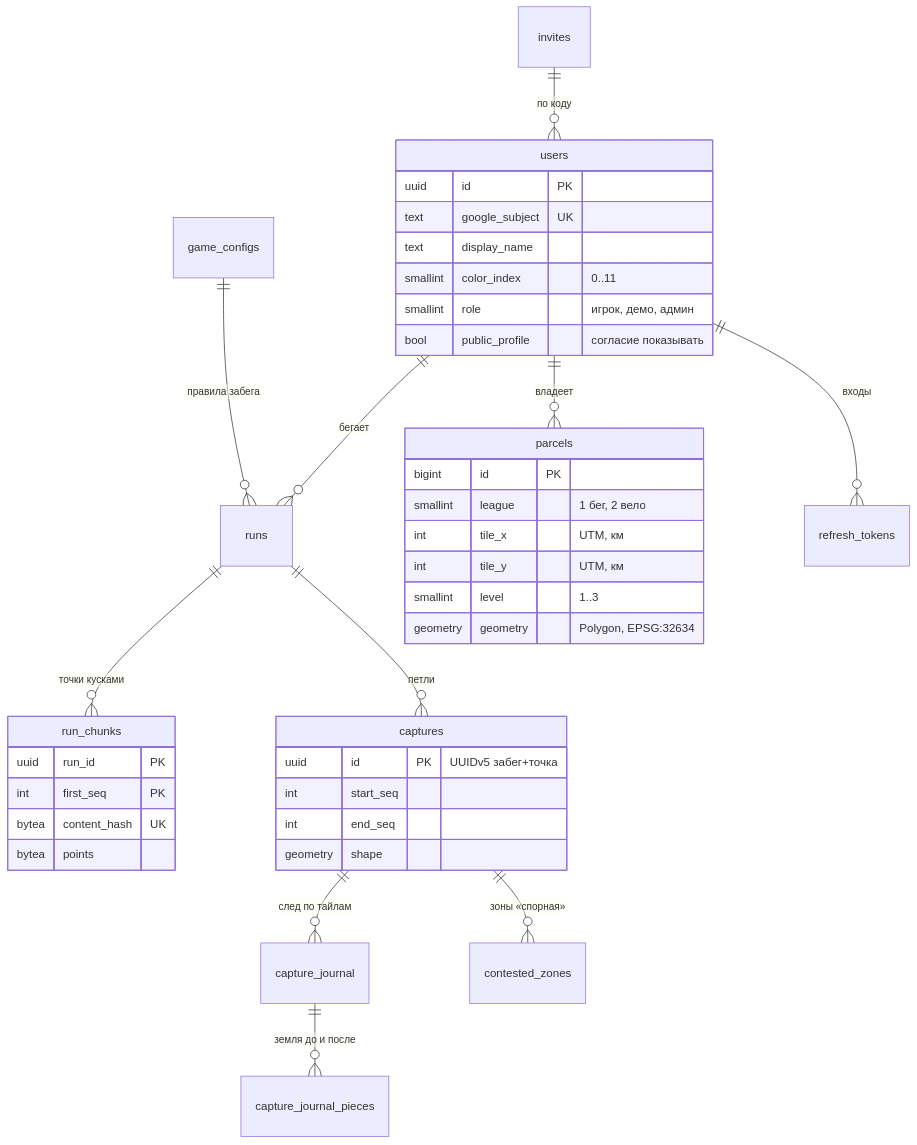
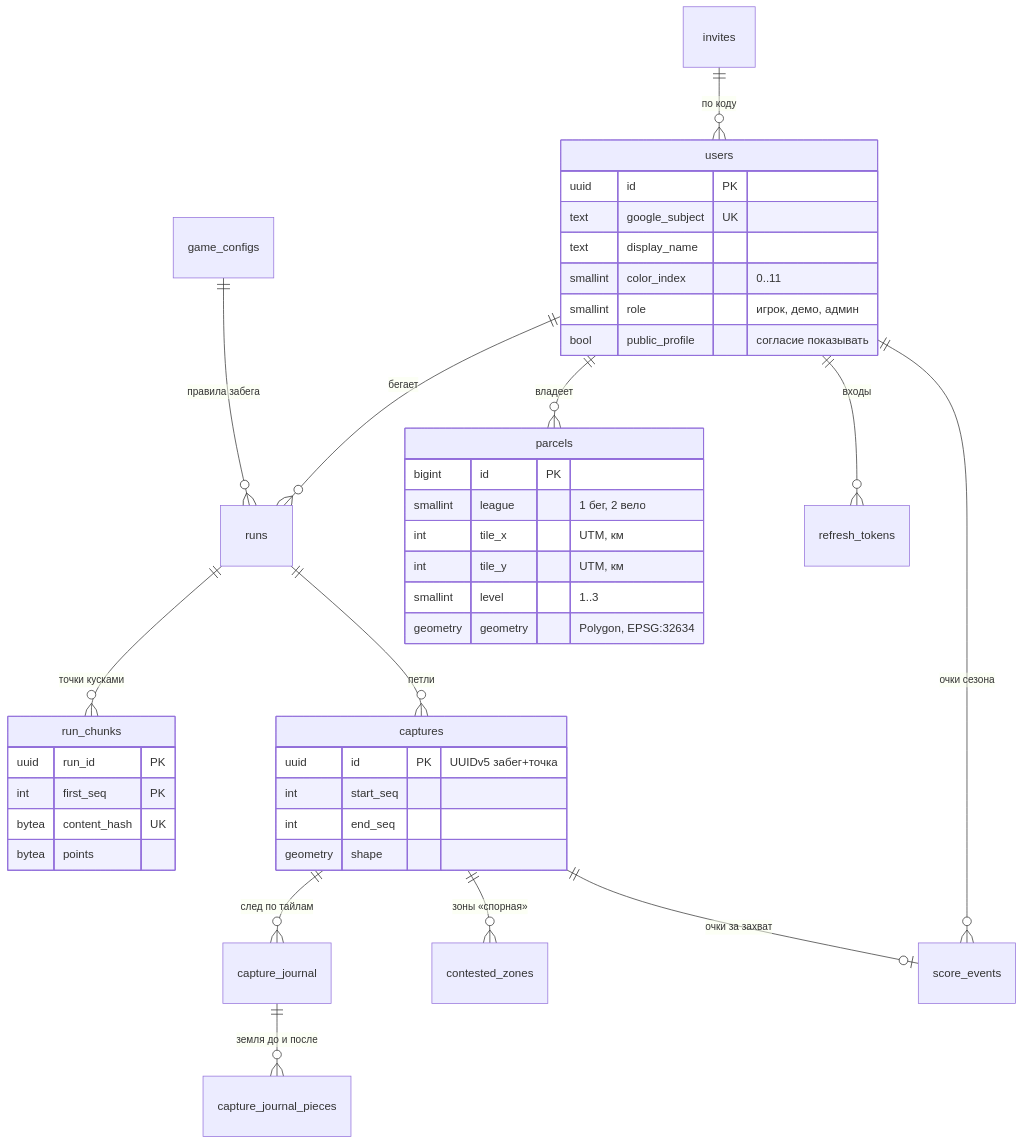
One commit to Nikich196/gorodki changed the diagram in docs/architecture/data-model.md. Above: the diagram before and after it, drawn with Mermaid. The commit also changed other lines of this file and 11 other files, not shown here.

Commit message:
docs: очки сезона и смена сезона — архитектура, руководство Егору (E7, E8, E23), записка, журнал

````diff
--- a/docs/architecture/data-model.md
+++ b/docs/architecture/data-model.md
@@ -7,41 +7,43 @@
 ```mermaid
 erDiagram
     users ||--o{ runs : "бегает"
     users ||--o{ parcels : "владеет"
     game_configs ||--o{ runs : "правила забега"
     runs ||--o{ run_chunks : "точки кусками"
     runs ||--o{ captures : "петли"
     captures ||--o{ capture_journal : "след по тайлам"
     capture_journal ||--o{ capture_journal_pieces : "земля до и после"
     captures ||--o{ contested_zones : "зоны «спорная»"
+    users ||--o{ score_events : "очки сезона"
+    captures ||--o| score_events : "очки за захват"
     invites ||--o{ users : "по коду"
     users ||--o{ refresh_tokens : "входы"
     users {
         uuid id PK
         text google_subject UK
         text display_name
         smallint color_index "0..11"
         smallint role "игрок, демо, админ"
         bool public_profile "согласие показывать"
     }
     parcels {
         bigint id PK
         smallint league "1 бег, 2 вело"
         int tile_x "UTM, км"
         int tile_y "UTM, км"
         smallint level "1..3"
         geometry geometry "Polygon, EPSG:32634"
     }
     captures {
         uuid id PK "UUIDv5 забег+точка"
         int start_seq
         int end_seq
         geometry shape
     }
     run_chunks {
         uuid run_id PK
         int first_seq PK
         bytea content_hash UK
         bytea points
     }
 ```
````
